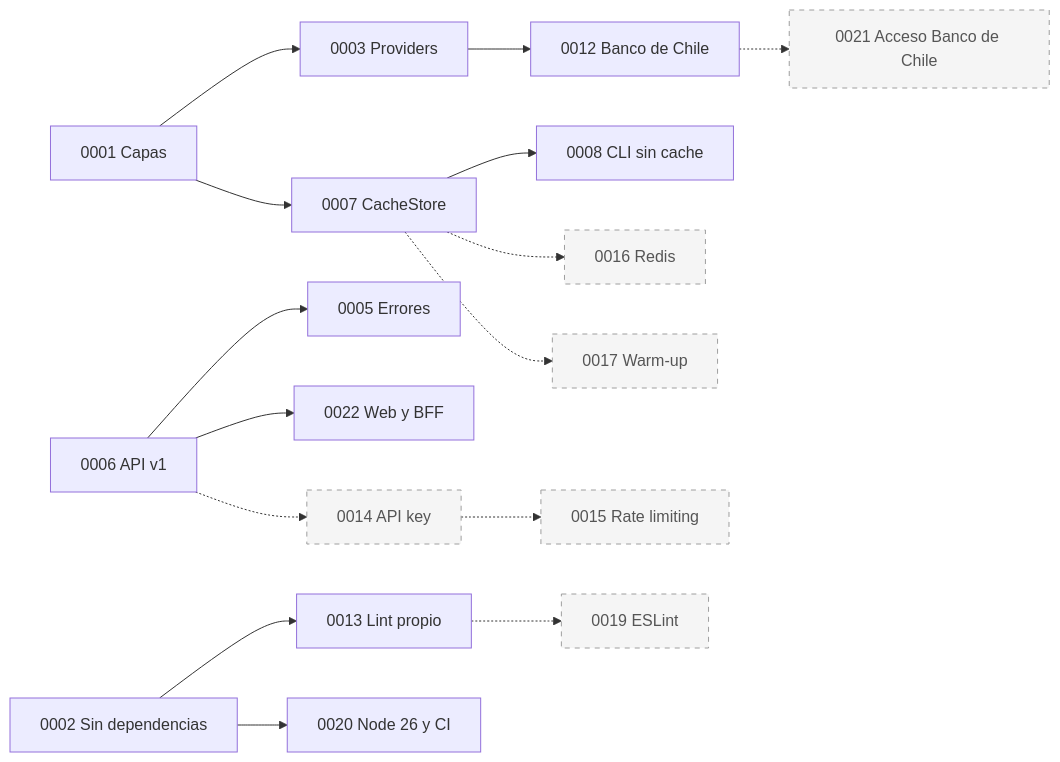
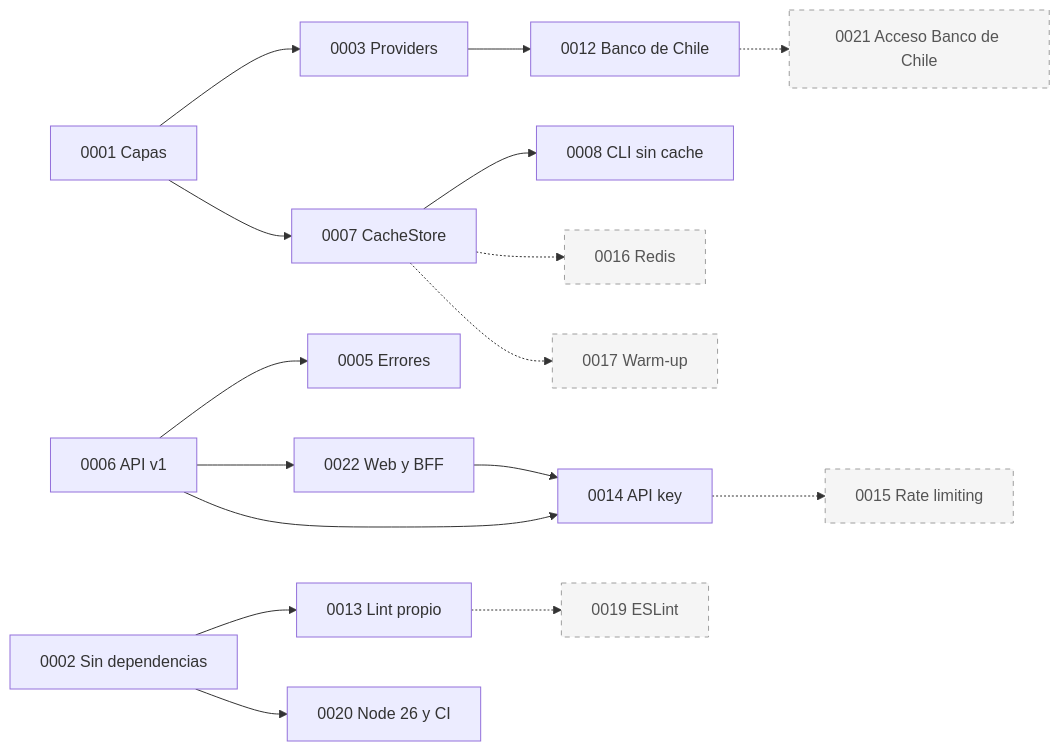
Before and after one commit to sebcld/benefits-aggregator-cl: the diagram in docs/adr/README.md, drawn with Mermaid. The commit also changed other lines of this file and 24 other files, not shown here.

First line of the commit message:
feat(api): autenticacion por API key (Bearer o x-api-key)

````diff
--- a/docs/adr/README.md
+++ b/docs/adr/README.md
@@ -36,20 +36,21 @@
 ```mermaid
 flowchart LR
   a0001["0001 Capas"] --> a0003["0003 Providers"]
   a0001 --> a0007["0007 CacheStore"]
   a0002["0002 Sin dependencias"] --> a0013["0013 Lint propio"]
   a0002 --> a0020["0020 Node 26 y CI"]
   a0003 --> a0012["0012 Banco de Chile"]
   a0006["0006 API v1"] --> a0005["0005 Errores"]
   a0006 --> a0022["0022 Web y BFF"]
   a0007 --> a0008["0008 CLI sin cache"]
   a0007 -.-> p0016["0016 Redis"]
   a0007 -.-> p0017["0017 Warm-up"]
-  a0006 -.-> p0014["0014 API key"]
-  p0014 -.-> p0015["0015 Rate limiting"]
+  a0006 --> a0014["0014 API key"]
+  a0022 --> a0014
+  a0014 -.-> p0015["0015 Rate limiting"]
   a0012 -.-> p0021["0021 Acceso Banco de Chile"]
   a0013 -.-> p0019["0019 ESLint"]
 
   classDef propuesto fill:#f5f5f5,stroke:#9e9e9e,stroke-dasharray:5 5,color:#555555
-  class p0014,p0015,p0016,p0017,p0019,p0021 propuesto
+  class p0015,p0016,p0017,p0019,p0021 propuesto
 ```
````
